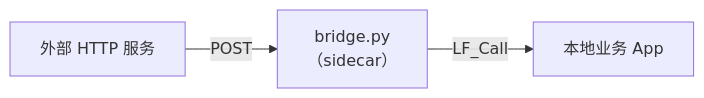
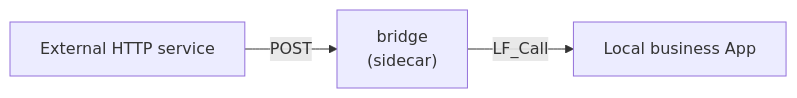
One commit to PassByYou888/LingoFuse changed the seventh of 20 diagrams in Py/lingofuse/Bridge_User_Guide.md. Above: the diagram before and after it, drawn with Mermaid. The commit also changed other lines of this file, not shown here.

````diff
--- a/Py/lingofuse/Bridge_User_Guide.md
+++ b/Py/lingofuse/Bridge_User_Guide.md
@@ -192,5 +221,5 @@
 ```mermaid
 flowchart LR
-    Ext["外部 HTTP 服务"] -->|"POST"| Bridge["bridge.py<br/>（sidecar）"]
-    Bridge -->|"LF_Call"| Backend["本地业务 App"]
+    Ext["External HTTP service"] -->|"POST"| Bridge["bridge<br/>(sidecar)"]
+    Bridge -->|"LF_Call"| Backend["Local business App"]
 ```
````
